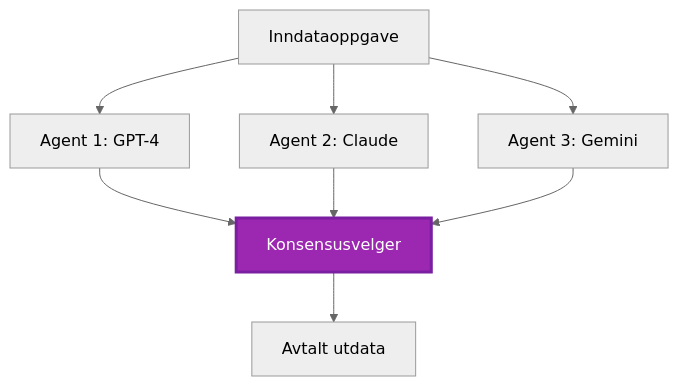
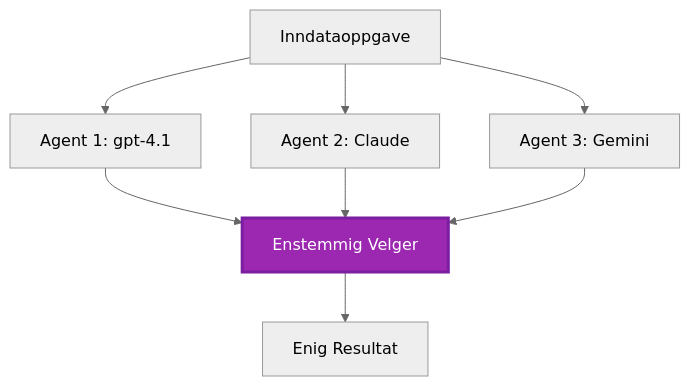
Before and after one commit to microsoft/AZD-for-beginners: the fifth of 6 diagrams in translations/no/docs/chapter-06-pre-deployment/coordination-patterns.md, drawn with Mermaid (neutral theme). The commit also changed other lines of this file and 101 other files, not shown here.

````diff
--- a/translations/no/docs/chapter-06-pre-deployment/coordination-patterns.md
+++ b/translations/no/docs/chapter-06-pre-deployment/coordination-patterns.md
@@ -231,19 +225,19 @@
 ```mermaid
 graph TB
     Input[Inndataoppgave]
-    Agent1[Agent 1: GPT-4]
+    Agent1[Agent 1: gpt-4.1]
     Agent2[Agent 2: Claude]
     Agent3[Agent 3: Gemini]
-    Voter[Konsensusvelger]
-    Output[Avtalt utdata]
+    Voter[Enstemmig Velger]
+    Output[Enig Resultat]
     
     Input --> Agent1
     Input --> Agent2
     Input --> Agent3
     Agent1 --> Voter
     Agent2 --> Voter
     Agent3 --> Voter
     Voter --> Output
     
     style Voter fill:#9C27B0,stroke:#7B1FA2,stroke-width:3px,color:#fff
 ```
````
